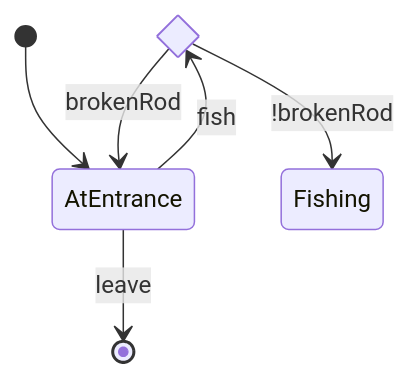
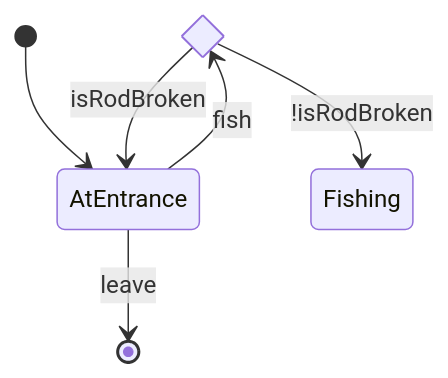
One commit to normal-devs/klicker-knight changed the first of 2 diagrams in docs/rooms/fishingRoom.md. Above: the diagram before and after it, drawn with Mermaid. The commit also changed 2 other files, not shown here.

Commit message:
updating brokenRod to isRodBroken

````diff
--- a/docs/rooms/fishingRoom.md
+++ b/docs/rooms/fishingRoom.md
@@ -25,10 +25,10 @@
 ```mermaid
 
 stateDiagram-v2
   state check_rod <<choice>>
   [*] --> AtEntrance
   AtEntrance --> check_rod: fish
-  check_rod --> AtEntrance: brokenRod
-  check_rod --> Fishing: !brokenRod
+  check_rod --> AtEntrance: isRodBroken
+  check_rod --> Fishing: !isRodBroken
   AtEntrance --> [*]: leave
 ```
````
